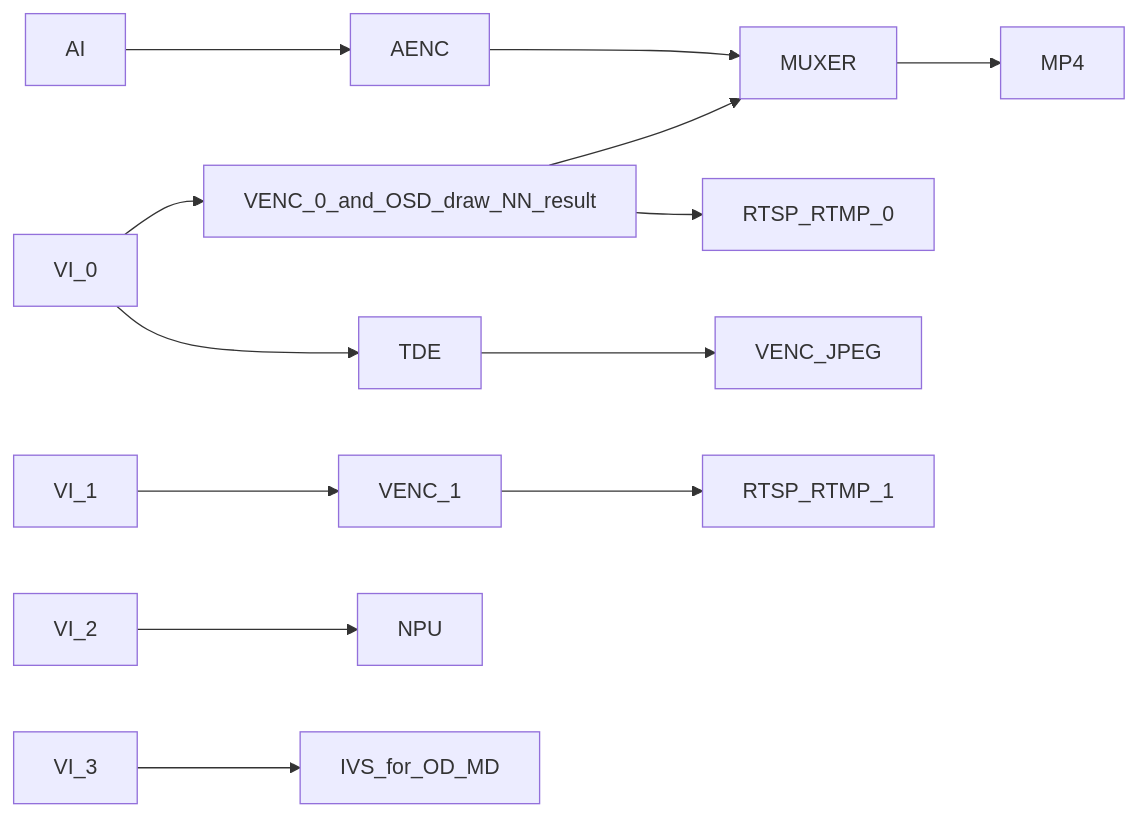
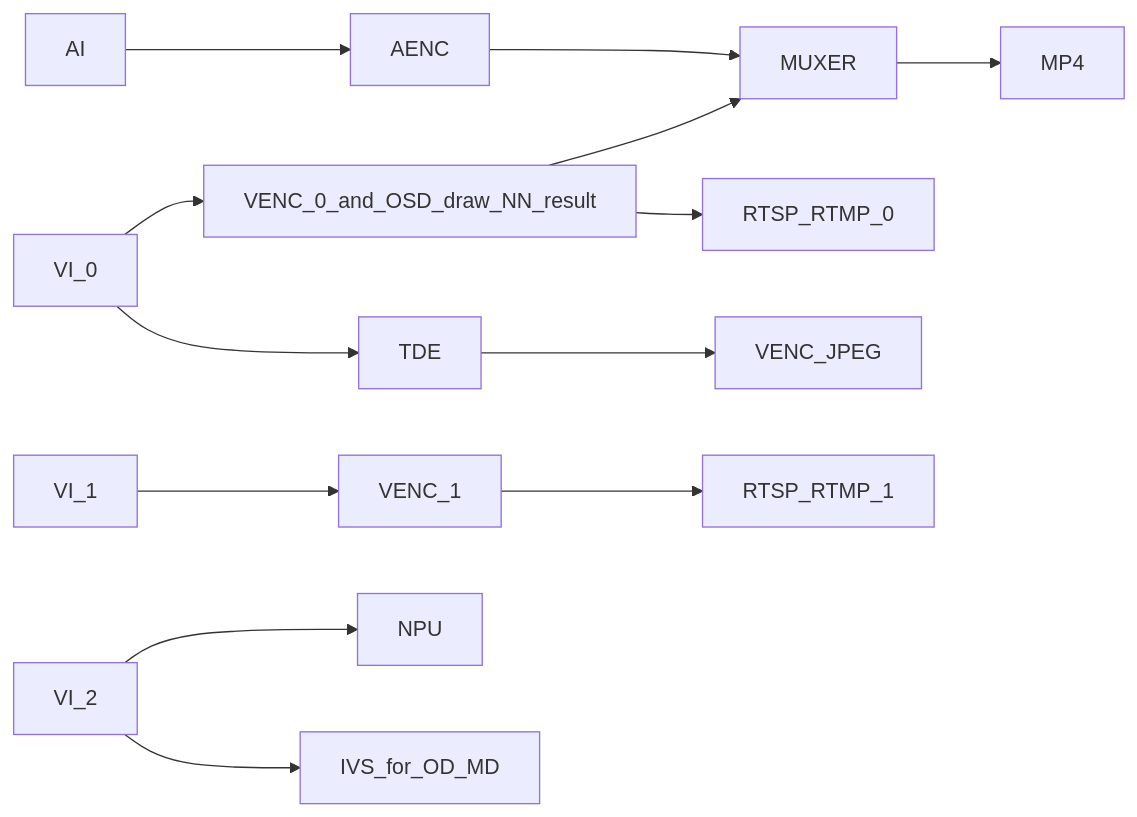
One commit to khadas/app_rkipc changed the second of 9 diagrams in docs/Rockchip_Developer_Guide_Linux_RKIPC_CN.md. Above: the diagram before and after it, drawn with Mermaid. The commit also changed other lines of this file and 8 other files, not shown here.

````diff
--- a/docs/Rockchip_Developer_Guide_Linux_RKIPC_CN.md
+++ b/docs/Rockchip_Developer_Guide_Linux_RKIPC_CN.md
@@ -125,10 +126,10 @@
 ```mermaid
 graph LR
 	AI-->AENC-->MUXER-->MP4
 	VI_0-->VENC_0_and_OSD_draw_NN_result-->MUXER
 	VI_0-->TDE-->VENC_JPEG
 	VENC_0_and_OSD_draw_NN_result-->RTSP_RTMP_0
 	VI_1-->VENC_1-->RTSP_RTMP_1
 	VI_2-->NPU
-	VI_3-->IVS_for_OD_MD
+	VI_2-->IVS_for_OD_MD
 ```
````
